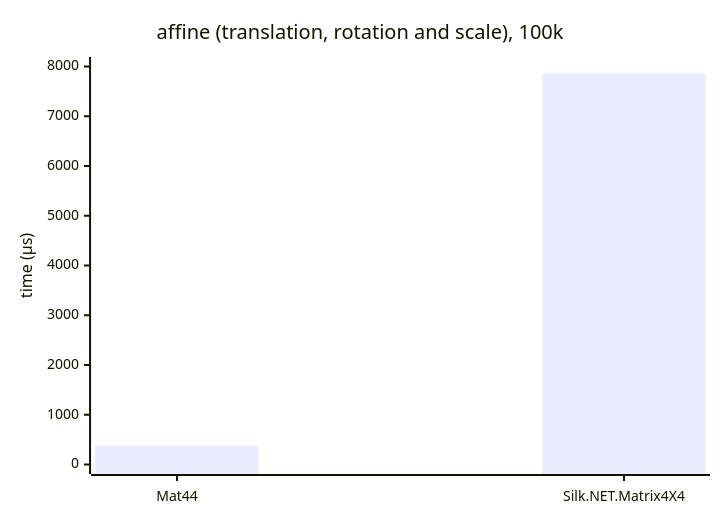
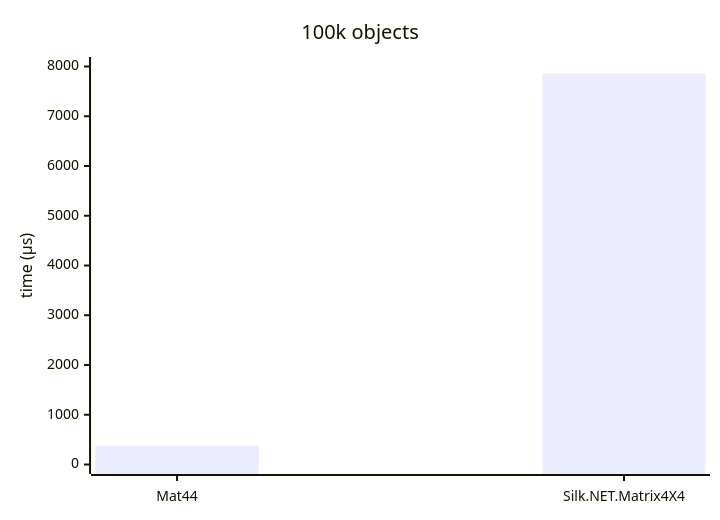
One commit to malstraem/generic-simd-numerics changed the second of 3 diagrams in reports/mat44-f64-affine.md. Above: the diagram before and after it, drawn with Mermaid. The commit also changed other lines of this file and 48 other files, not shown here.

````diff
--- a/reports/mat44-f64-affine.md
+++ b/reports/mat44-f64-affine.md
@@ -5,7 +207,7 @@
 ```mermaid
 xychart
-    title "affine (translation, rotation and scale), 100k"
+    title "100k objects"
     x-axis [Mat44, Silk.NET.Matrix4X4]
     y-axis "time (μs)" 0 --> 8000
     bar [377, 7860]
 ```
````
